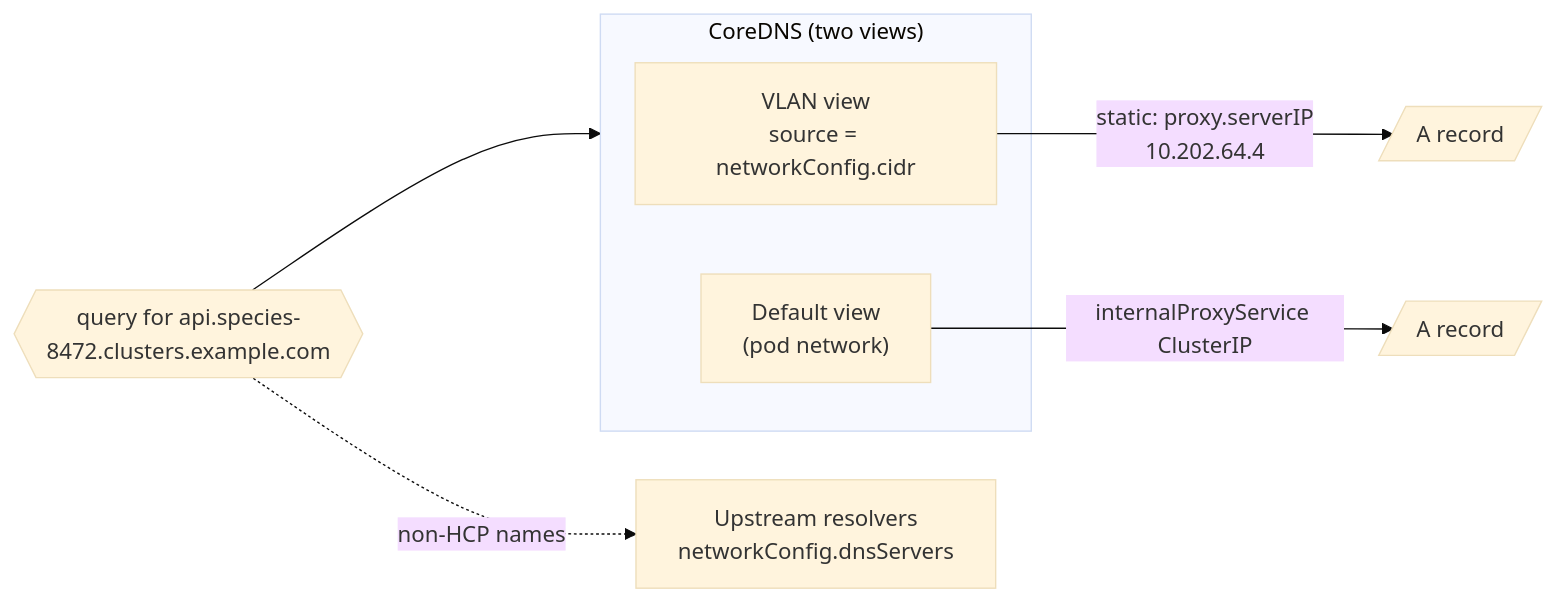
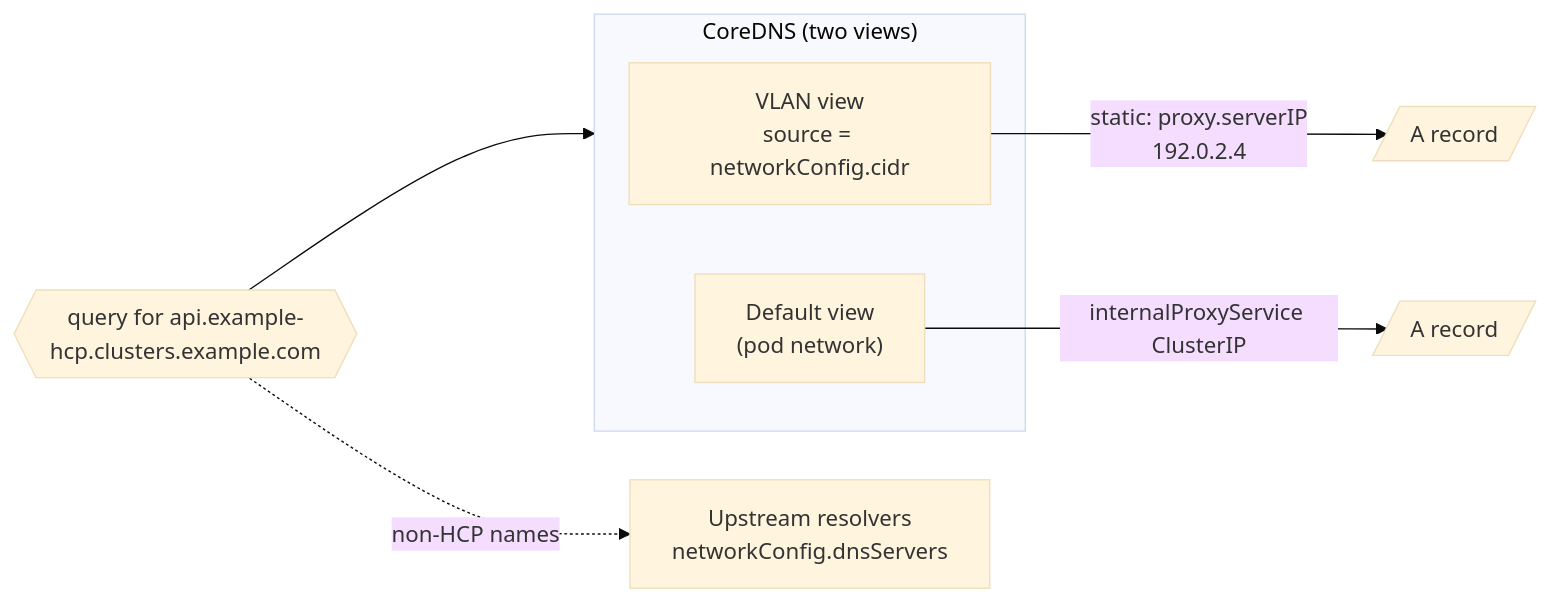
Before and after one commit to cldmnky/oooi: the third of 3 diagrams in website/docs/architecture.md, drawn with Mermaid (base theme). The commit also changed other lines of this file and 17 other files, not shown here.

````diff
--- a/website/docs/architecture.md
+++ b/website/docs/architecture.md
@@ -133,12 +133,12 @@
 ```mermaid
 flowchart LR
-    Q{{"query for api.species-8472.clusters.example.com"}}
+    Q{{"query for api.example-hcp.clusters.example.com"}}
     subgraph C["CoreDNS (two views)"]
         V1["VLAN view<br/>source = networkConfig.cidr"]
         V2["Default view<br/>(pod network)"]
     end
     Q --> C
-    V1 -->|"static: proxy.serverIP<br/>10.202.64.4"| A1[/"A record"/]
+    V1 -->|"static: proxy.serverIP<br/>192.0.2.4"| A1[/"A record"/]
     V2 -->|"internalProxyService ClusterIP"| A2[/"A record"/]
     Q -.->|"non-HCP names"| UP["Upstream resolvers<br/>networkConfig.dnsServers"]
 ```
````
